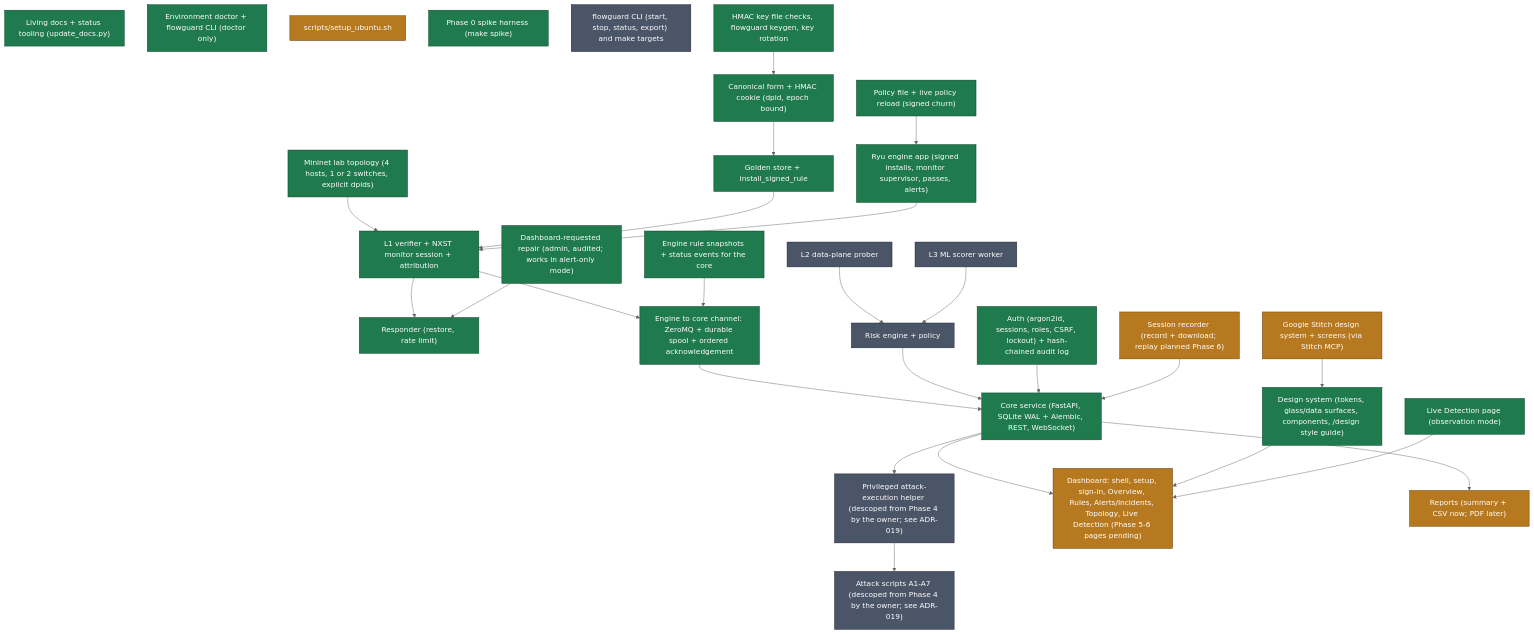
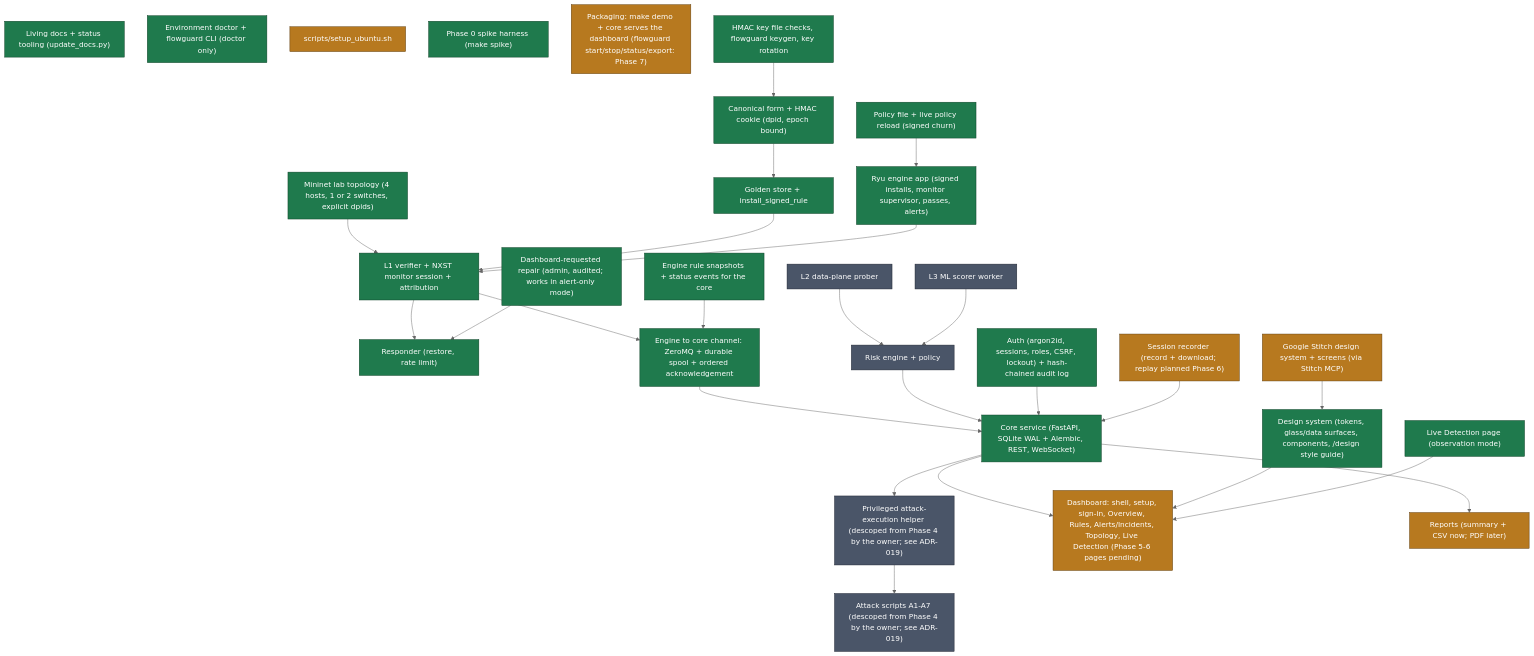
The diagram in docs/graphs/components_status.mmd (RKG765/flowguard), drawn with Mermaid (neutral theme) before and after one commit. The commit also changed 11 other files, not shown here.

First line of the commit message:
Demo packaging: one-command demo and the dashboard served by the core

```diff
--- a/docs/graphs/components_status.mmd
+++ b/docs/graphs/components_status.mmd
@@ -1,60 +1,60 @@
 flowchart TB
   docs_tooling["Living docs + status tooling (update_docs.py)"]:::implemented
   doctor["Environment doctor + flowguard CLI (doctor only)"]:::implemented
   setup_script["scripts/setup_ubuntu.sh"]:::partial
   lab_topology["Mininet lab topology (4 hosts, 1 or 2 switches, explicit dpids)"]:::implemented
   spike_harness["Phase 0 spike harness (make spike)"]:::implemented
   engine_crypto["Canonical form + HMAC cookie (dpid, epoch bound)"]:::implemented
   engine_store["Golden store + install_signed_rule"]:::implemented
   engine_verifier["L1 verifier + NXST monitor session + attribution"]:::implemented
   engine_responder["Responder (restore, rate limit)"]:::implemented
   event_channel["Engine to core channel: ZeroMQ + durable spool + ordered acknowledgement"]:::implemented
   core_service["Core service (FastAPI, SQLite WAL + Alembic, REST, WebSocket)"]:::implemented
   core_auth["Auth (argon2id, sessions, roles, CSRF, lockout) + hash-chained audit log"]:::implemented
   helper["Privileged attack-execution helper (descoped from Phase 4 by the owner; see ADR-019)"]:::planned
   attacks["Attack scripts A1-A7 (descoped from Phase 4 by the owner; see ADR-019)"]:::planned
   web_design_system["Design system (tokens, glass/data surfaces, components, /design style guide)"]:::implemented
   web_pages["Dashboard: shell, setup, sign-in, Overview, Rules, Alerts/Incidents, Topology, Live Detection (Phase 5-6 pages pending)"]:::partial
   engine_prober["L2 data-plane prober"]:::planned
   ml_worker["L3 ML scorer worker"]:::planned
   risk_engine["Risk engine + policy"]:::planned
   reports["Reports (summary + CSV now; PDF later)"]:::partial
-  packaging["flowguard CLI (start, stop, status, export) and make targets"]:::planned
+  packaging["Packaging: make demo + core serves the dashboard (flowguard start/stop/status/export: Phase 7)"]:::partial
   engine_app["Ryu engine app (signed installs, monitor supervisor, passes, alerts)"]:::implemented
   engine_policy["Policy file + live policy reload (signed churn)"]:::implemented
   key_management["HMAC key file checks, flowguard keygen, key rotation"]:::implemented
   core_recordings["Session recorder (record + download; replay planned Phase 6)"]:::partial
   engine_snapshots["Engine rule snapshots + status events for the core"]:::implemented
   stitch_designs["Google Stitch design system + screens (via Stitch MCP)"]:::partial
   live_detection["Live Detection page (observation mode)"]:::implemented
   manual_repair["Dashboard-requested repair (admin, audited; works in alert-only mode)"]:::implemented
   lab_topology --> engine_verifier
   engine_crypto --> engine_store
   engine_store --> engine_verifier
   engine_verifier --> engine_responder
   engine_verifier --> event_channel
   engine_prober --> risk_engine
   ml_worker --> risk_engine
   event_channel --> core_service
   risk_engine --> core_service
   core_auth --> core_service
   core_service --> web_pages
   web_design_system --> web_pages
   core_service --> helper
   helper --> attacks
   core_service --> reports
   engine_app --> engine_verifier
   engine_policy --> engine_app
   key_management --> engine_crypto
   engine_snapshots --> event_channel
   core_recordings --> core_service
   stitch_designs --> web_design_system
   live_detection --> web_pages
   manual_repair --> engine_responder
   classDef done fill:#1f7a4d,stroke:#0b3d24,color:#ffffff;
   classDef in_progress fill:#b7791f,stroke:#5c3b0d,color:#ffffff;
   classDef not_started fill:#4a5568,stroke:#1a202c,color:#ffffff;
   classDef blocked fill:#c53030,stroke:#63171b,color:#ffffff;
   classDef implemented fill:#1f7a4d,stroke:#0b3d24,color:#ffffff;
   classDef partial fill:#b7791f,stroke:#5c3b0d,color:#ffffff;
   classDef planned fill:#4a5568,stroke:#1a202c,color:#ffffff;
```
